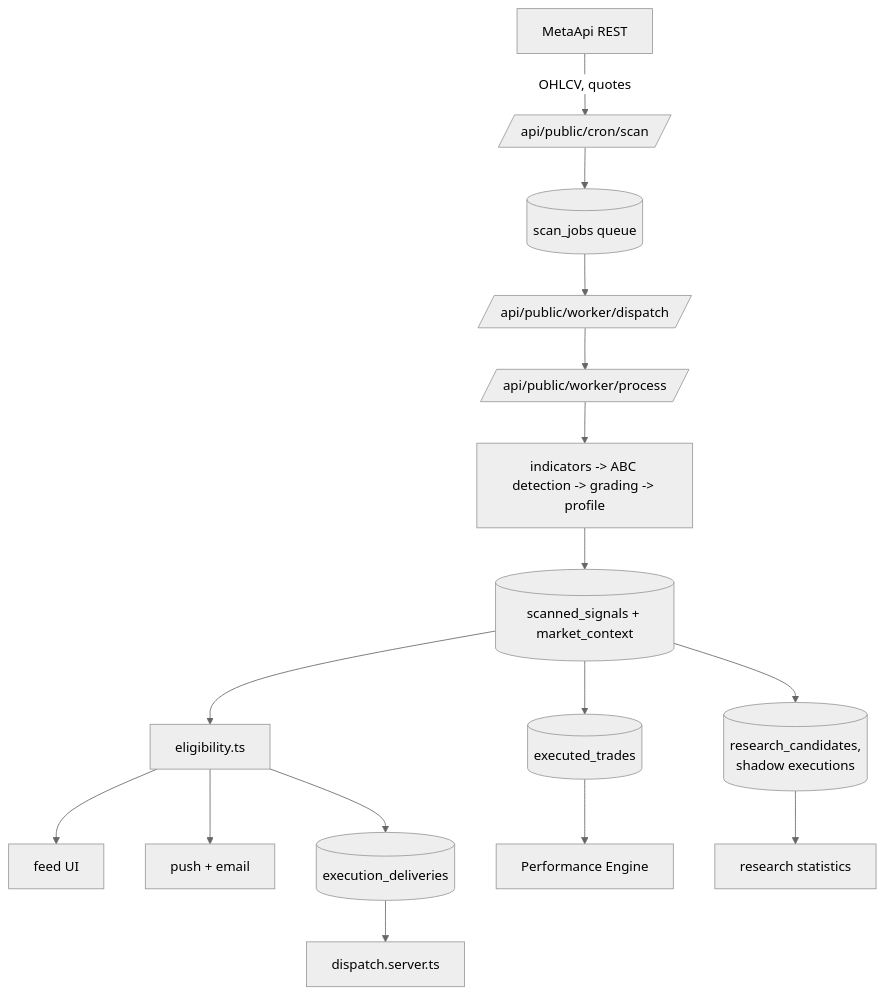
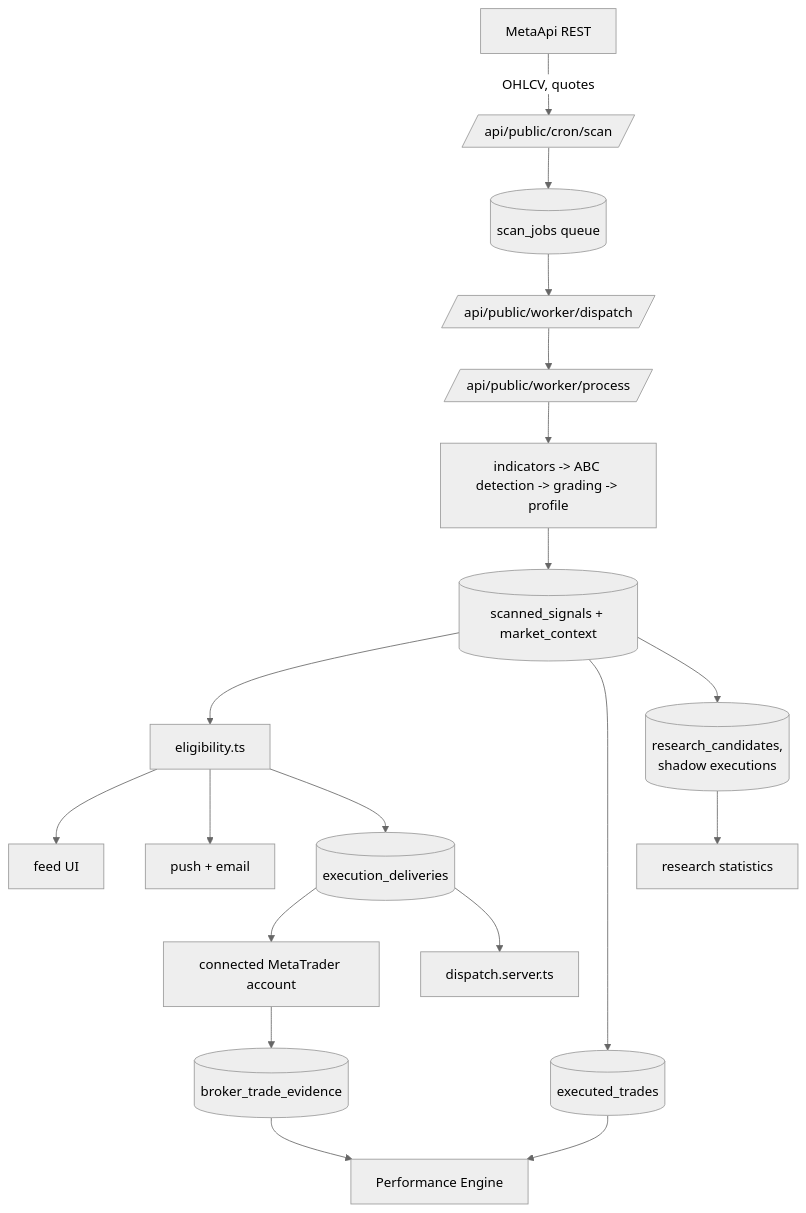
Before and after one commit to Buyce/quantum-trade-whisperer-57: the diagram in docs/ARCHITECTURE.md, drawn with Mermaid (neutral theme). The commit also changed other lines of this file and 30 other files, not shown here.

````diff
--- a/docs/ARCHITECTURE.md
+++ b/docs/ARCHITECTURE.md
@@ -10,21 +10,24 @@
 ```mermaid
 flowchart TD
   MA[MetaApi REST] -->|OHLCV, quotes| CRON[/api/public/cron/scan/]
   CRON --> QUEUE[(scan_jobs queue)]
   QUEUE --> DISPATCH[/api/public/worker/dispatch/]
   DISPATCH --> PROCESS[/api/public/worker/process/]
   PROCESS --> SCANNER[indicators -> ABC detection -> grading -> profile]
   SCANNER --> SIGNALS[(scanned_signals + market_context)]
 
   SIGNALS --> ELIG[eligibility.ts]
   ELIG --> FEED[feed UI]
   ELIG --> ALERTS[push + email]
   ELIG --> DELIV[(execution_deliveries)]
 
   SIGNALS --> JOURNAL[(executed_trades)]
   SIGNALS --> RESEARCH[(research_candidates,<br/>shadow executions)]
 
   JOURNAL --> PERF[Performance Engine]
+  DELIV --> ACCOUNT[connected MetaTrader account]
+  ACCOUNT --> EVIDENCE[(broker_trade_evidence)]
+  EVIDENCE --> PERF
   RESEARCH --> STATS[research statistics]
   DELIV --> DISPATCH2[dispatch.server.ts]
 ```
````
